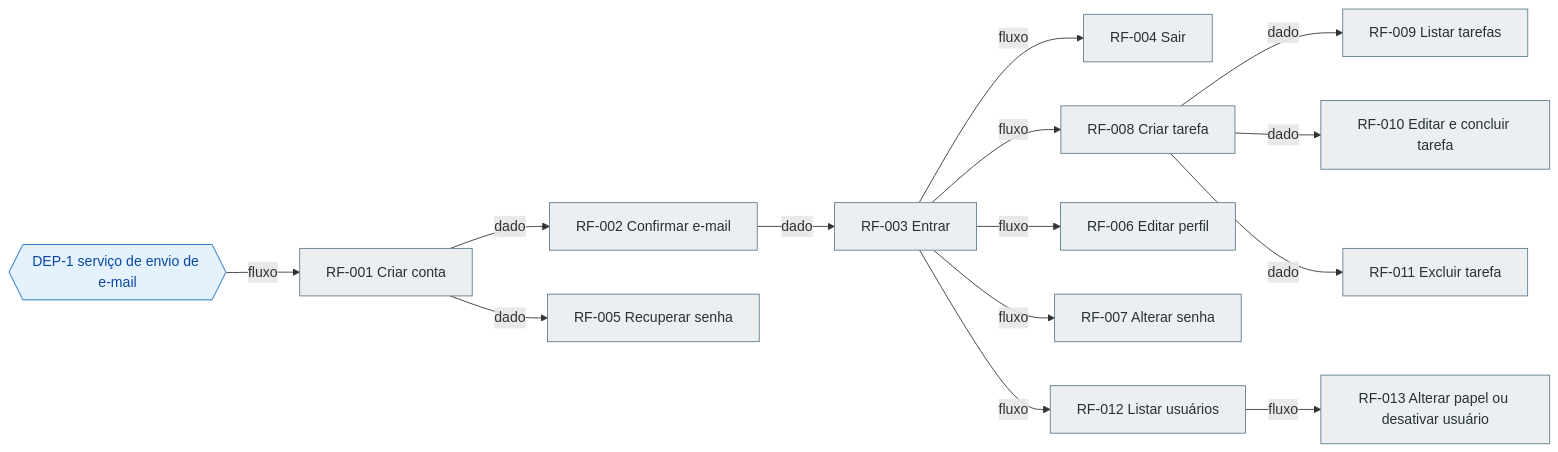
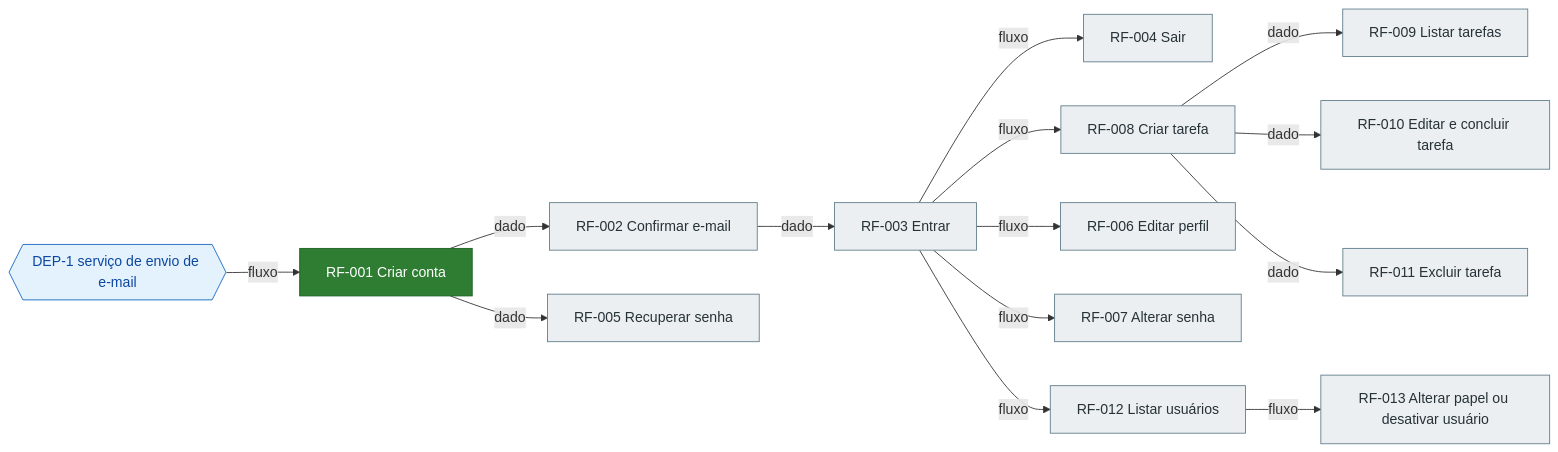
The diagram in docs/product/roadmap.md (maiconsouza89/ai-template-harness-nestj-react-monorepo), drawn with Mermaid before and after one commit. The commit also changed other lines of this file and 80 other files, not shown here.

First line of the commit message:
feat(accounts): permite criar conta com confirmação por e-mail (#9)

````diff
--- a/docs/product/roadmap.md
+++ b/docs/product/roadmap.md
@@ -18,35 +18,35 @@
 ```mermaid
 graph LR
   DEP1{{"DEP-1 serviço de envio de e-mail"}}:::externa
-  RF001["RF-001 Criar conta"]:::pendente
+  RF001["RF-001 Criar conta"]:::feito
   RF002["RF-002 Confirmar e-mail"]:::pendente
   RF005["RF-005 Recuperar senha"]:::pendente
   RF003["RF-003 Entrar"]:::pendente
   RF004["RF-004 Sair"]:::pendente
   RF008["RF-008 Criar tarefa"]:::pendente
   RF006["RF-006 Editar perfil"]:::pendente
   RF007["RF-007 Alterar senha"]:::pendente
   RF012["RF-012 Listar usuários"]:::pendente
   RF009["RF-009 Listar tarefas"]:::pendente
   RF010["RF-010 Editar e concluir tarefa"]:::pendente
   RF011["RF-011 Excluir tarefa"]:::pendente
   RF013["RF-013 Alterar papel ou desativar usuário"]:::pendente
   DEP1 -->|fluxo| RF001
   RF001 -->|dado| RF002
   RF002 -->|dado| RF003
   RF003 -->|fluxo| RF004
   RF001 -->|dado| RF005
   RF003 -->|fluxo| RF006
   RF003 -->|fluxo| RF007
   RF003 -->|fluxo| RF008
   RF008 -->|dado| RF009
   RF008 -->|dado| RF010
   RF008 -->|dado| RF011
   RF003 -->|fluxo| RF012
   RF012 -->|fluxo| RF013
   classDef pendente fill:#eceff1,stroke:#607d8b,color:#263238
   classDef andamento fill:#fff3c4,stroke:#f9a825,color:#3e2723
   classDef feito fill:#2e7d32,stroke:#1b5e20,color:#ffffff
   classDef bloqueado fill:#c62828,stroke:#8e0000,color:#ffffff
   classDef externa fill:#e3f2fd,stroke:#1565c0,color:#0d47a1
 ```
````
